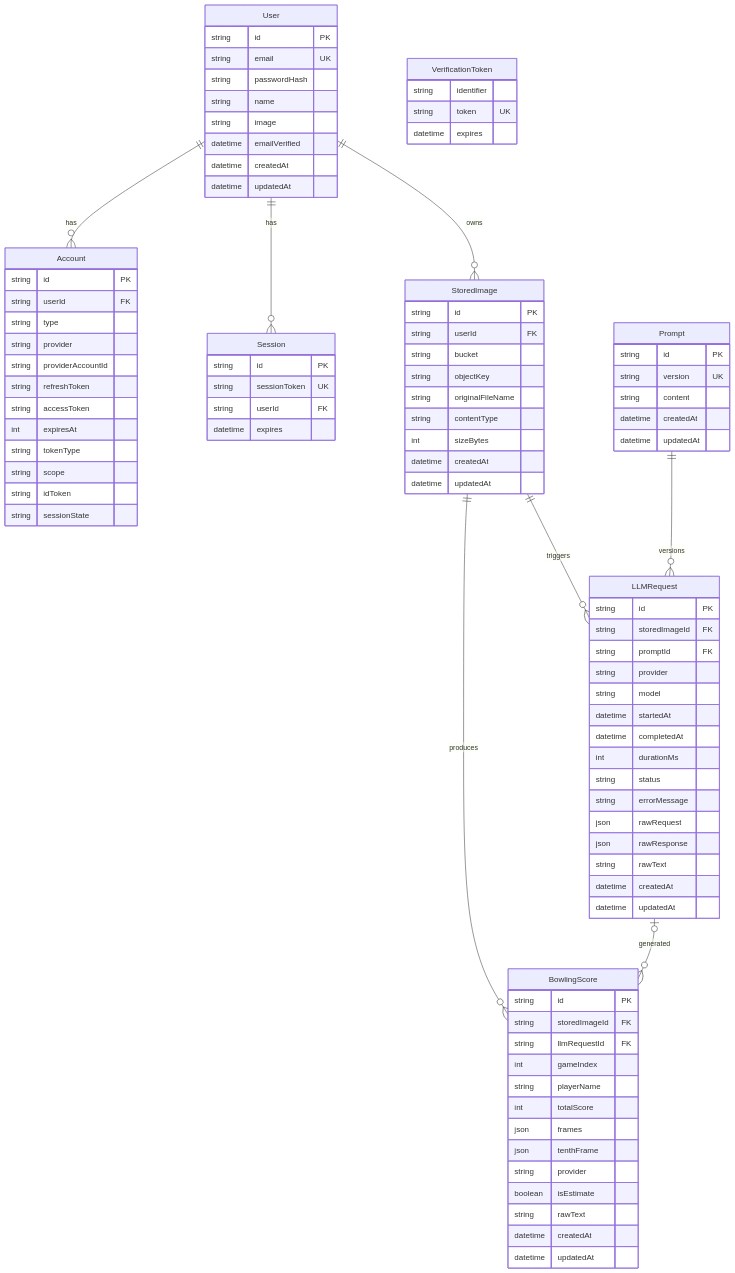
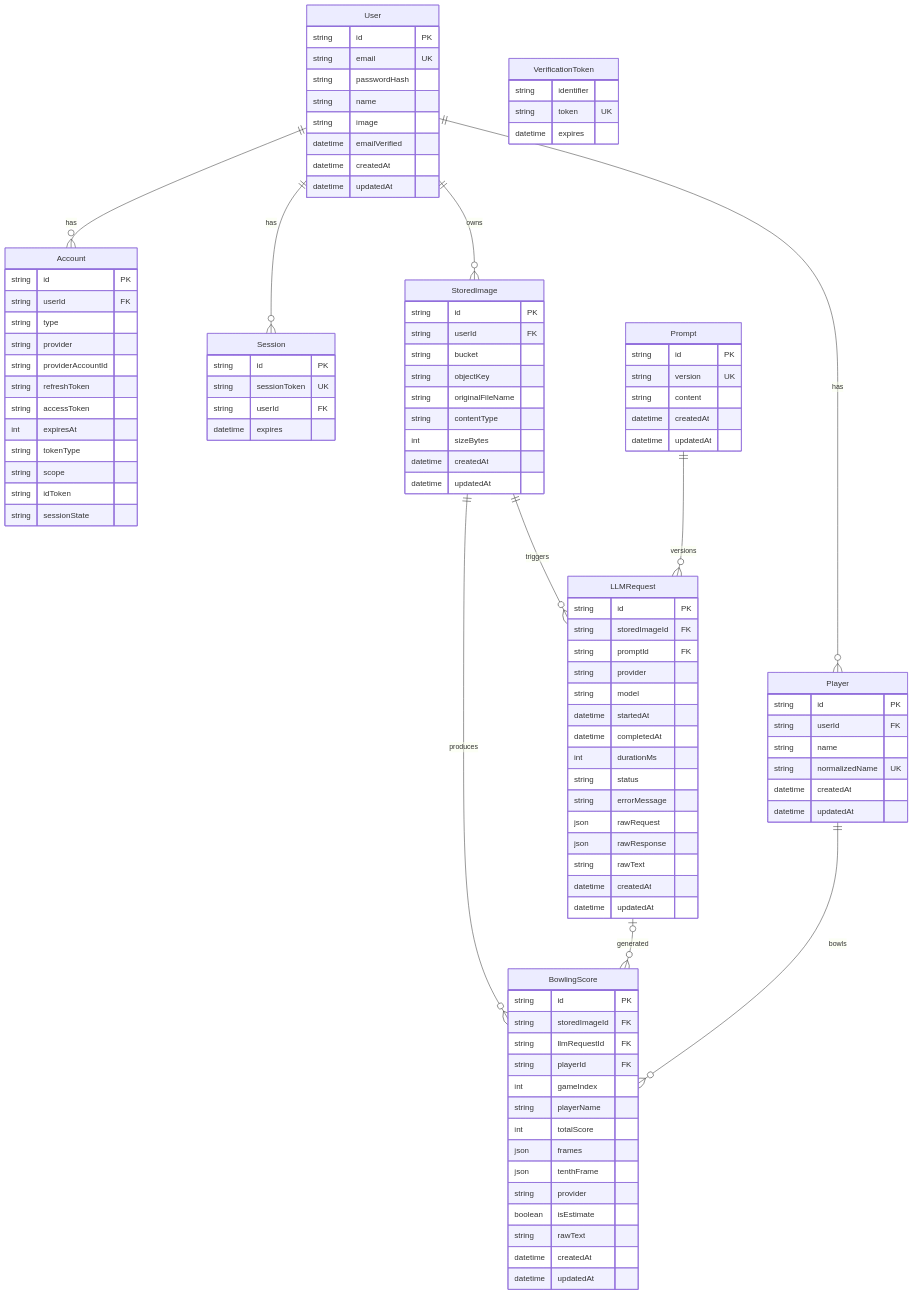
Before and after one commit to mcbrown87/bowling-score-card-vibes: the first of 2 diagrams in bowling-scorecard/docs/data-model.md, drawn with Mermaid. The commit also changed other lines of this file and 13 other files, not shown here.

```diff
--- a/bowling-scorecard/docs/data-model.md
+++ b/bowling-scorecard/docs/data-model.md
@@ -57,10 +57,20 @@
         datetime updatedAt
     }
 
+    Player {
+        string id PK
+        string userId FK
+        string name
+        string normalizedName UK
+        datetime createdAt
+        datetime updatedAt
+    }
+
     BowlingScore {
         string id PK
         string storedImageId FK
         string llmRequestId FK
+        string playerId FK
         int gameIndex
         string playerName
         int totalScore
@@ -102,7 +112,9 @@
     User ||--o{ Account : has
     User ||--o{ Session : has
     User ||--o{ StoredImage : owns
+    User ||--o{ Player : has
     StoredImage ||--o{ BowlingScore : produces
+    Player ||--o{ BowlingScore : bowls
     StoredImage ||--o{ LLMRequest : triggers
     Prompt ||--o{ LLMRequest : versions
     LLMRequest o|--o{ BowlingScore : generated
```
